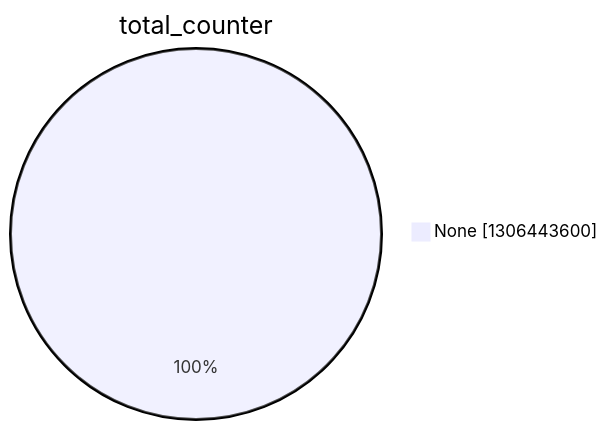
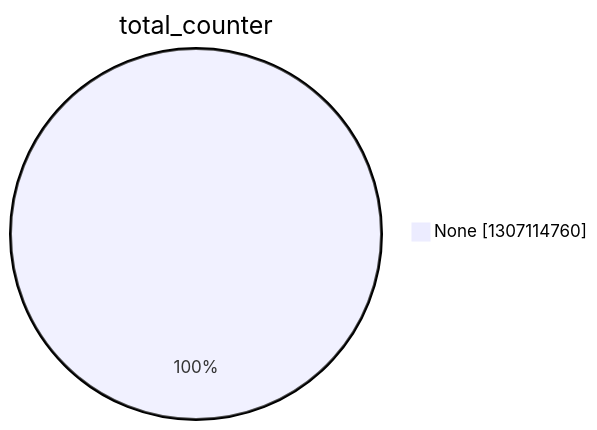
Before and after one commit to christiankrug/ctmonitor_visualization: the second of 15 diagrams in argon2022/README.md, drawn with Mermaid. The commit also changed other lines of this file, not shown here.

````diff
--- a/argon2022/README.md
+++ b/argon2022/README.md
@@ -9,5 +9,5 @@
 ```mermaid
 pie showData
 title total_counter
-"None" :1306443600
+"None" :1307114760
 ```
````
